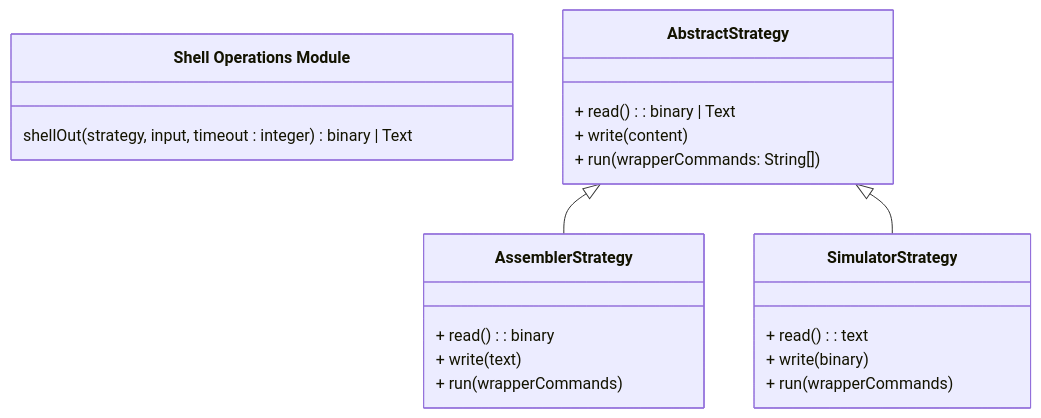
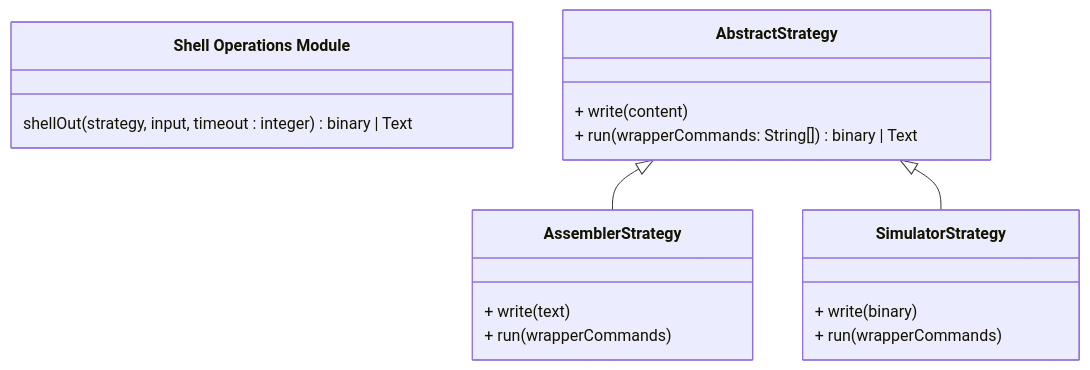
The diagram in docs/service_architecture.md (Wirt4/mmix-simulator), drawn with Mermaid before and after one commit. The commit also changed other lines of this file and 3 other files, not shown here.

````diff
--- a/docs/service_architecture.md
+++ b/docs/service_architecture.md
@@ -45,25 +45,22 @@
 ```mermaid
 classDiagram
 direction TB
 class Shell ["Shell Operations Module"]{
    shellOut(strategy, input, timeout : integer) binary | Text
 }
 	class AbstractStrategy{
-		+ read() : binary | Text
         + write (content)
-        + run (wrapperCommands: String[])
+        + run (wrapperCommands: String[]) binary | Text
 	}
 class AssemblerStrategy{
-		+ read() : binary
         + write (text)
         + run (wrapperCommands)
 	}
 class SimulatorStrategy{
-		+ read() : text
         + write (binary)
         + run (wrapperCommands)
 	}
  AbstractStrategy <|-- AssemblerStrategy
 AbstractStrategy <|-- SimulatorStrategy
 	
 ```
````
